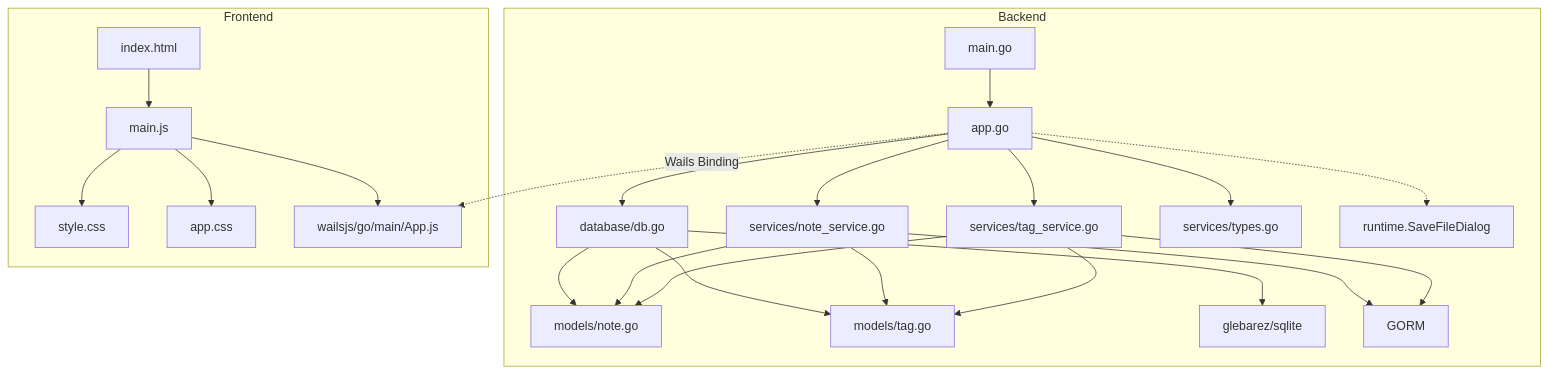
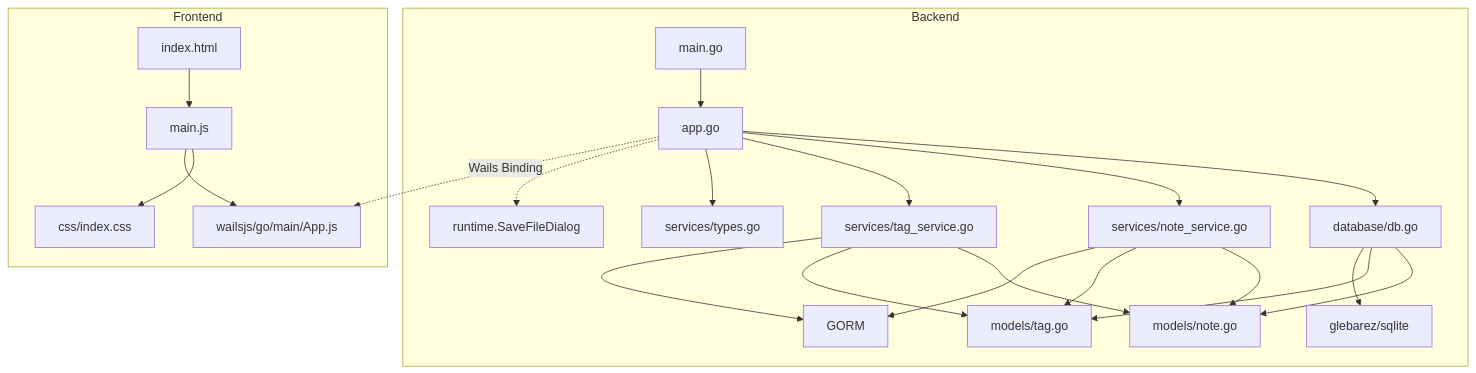
The diagram in AGENTS.md (QiaoMuDe/jot), drawn with Mermaid before and after one commit. The commit also changed other lines of this file, not shown here.

````diff
--- a/AGENTS.md
+++ b/AGENTS.md
@@ -233,29 +248,28 @@
 ```mermaid
 graph TD
     subgraph Backend
         A[main.go] --> B[app.go]
         B --> C[database/db.go]
         B --> D[services/note_service.go]
         B --> E[services/tag_service.go]
         B --> F[services/types.go]
         C --> G[models/note.go]
         C --> H[models/tag.go]
         D --> G
         D --> H
         E --> G
         E --> H
         C --> I[glebarez/sqlite]
         D --> J[GORM]
         E --> J
         B -.-> K[runtime.SaveFileDialog]
     end
 
     subgraph Frontend
         L[index.html] --> M[main.js]
-        M --> N[style.css]
-        M --> O[app.css]
+        M --> N[css/index.css]
         M --> P[wailsjs/go/main/App.js]
     end
 
     B -.->|Wails Binding| P
 ```
````
